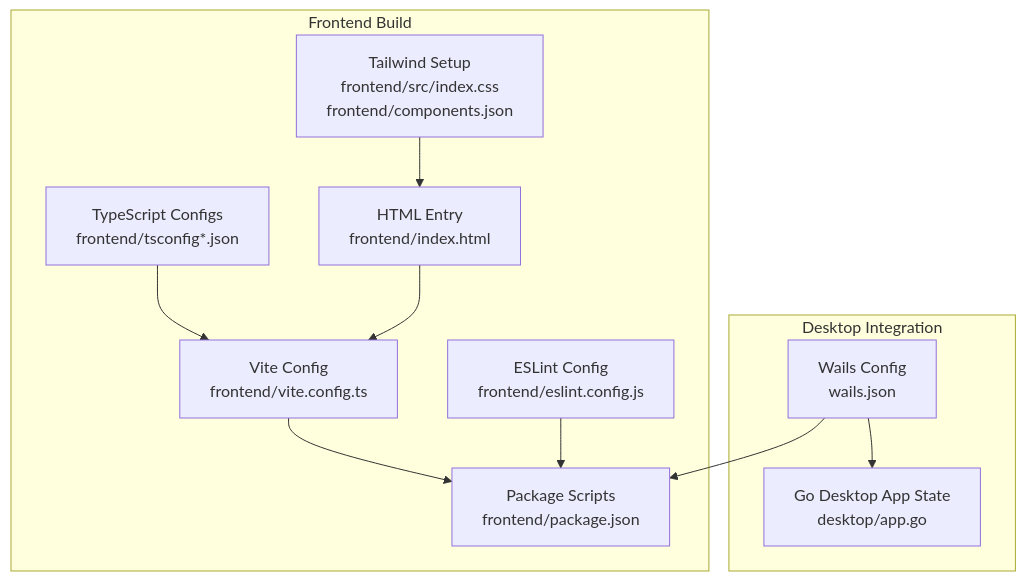
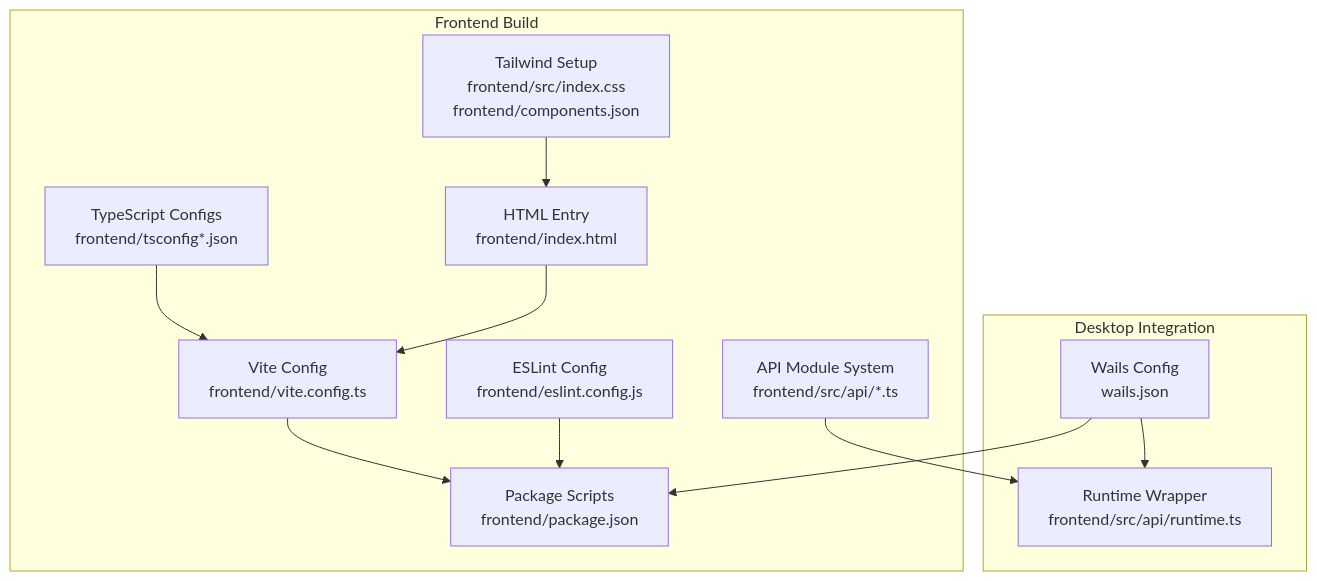
The first of 11 diagrams in .qoder/repowiki/en/content/Frontend Application/Build System.md (v0lka/c0wrk), drawn with Mermaid before and after one commit. The commit also changed other lines of this file and 13 other files, not shown here.

````diff
--- a/.qoder/repowiki/en/content/Frontend Application/Build System.md
+++ b/.qoder/repowiki/en/content/Frontend Application/Build System.md
@@ -46,22 +56,24 @@
 ```mermaid
 graph TB
 subgraph "Frontend Build"
 VCFG["Vite Config<br/>frontend/vite.config.ts"]
 PKG["Package Scripts<br/>frontend/package.json"]
 TS["TypeScript Configs<br/>frontend/tsconfig*.json"]
 ESL["ESLint Config<br/>frontend/eslint.config.js"]
 TW["Tailwind Setup<br/>frontend/src/index.css<br/>frontend/components.json"]
 HTML["HTML Entry<br/>frontend/index.html"]
+API["API Module System<br/>frontend/src/api/*.ts"]
 end
 subgraph "Desktop Integration"
 WAILS["Wails Config<br/>wails.json"]
-GOAPP["Go Desktop App State<br/>desktop/app.go"]
+RUNTIME["Runtime Wrapper<br/>frontend/src/api/runtime.ts"]
 end
 VCFG --> PKG
 TS --> VCFG
 ESL --> PKG
 TW --> HTML
 HTML --> VCFG
 WAILS --> PKG
-WAILS --> GOAPP
+WAILS --> RUNTIME
+API --> RUNTIME
 ```
````
